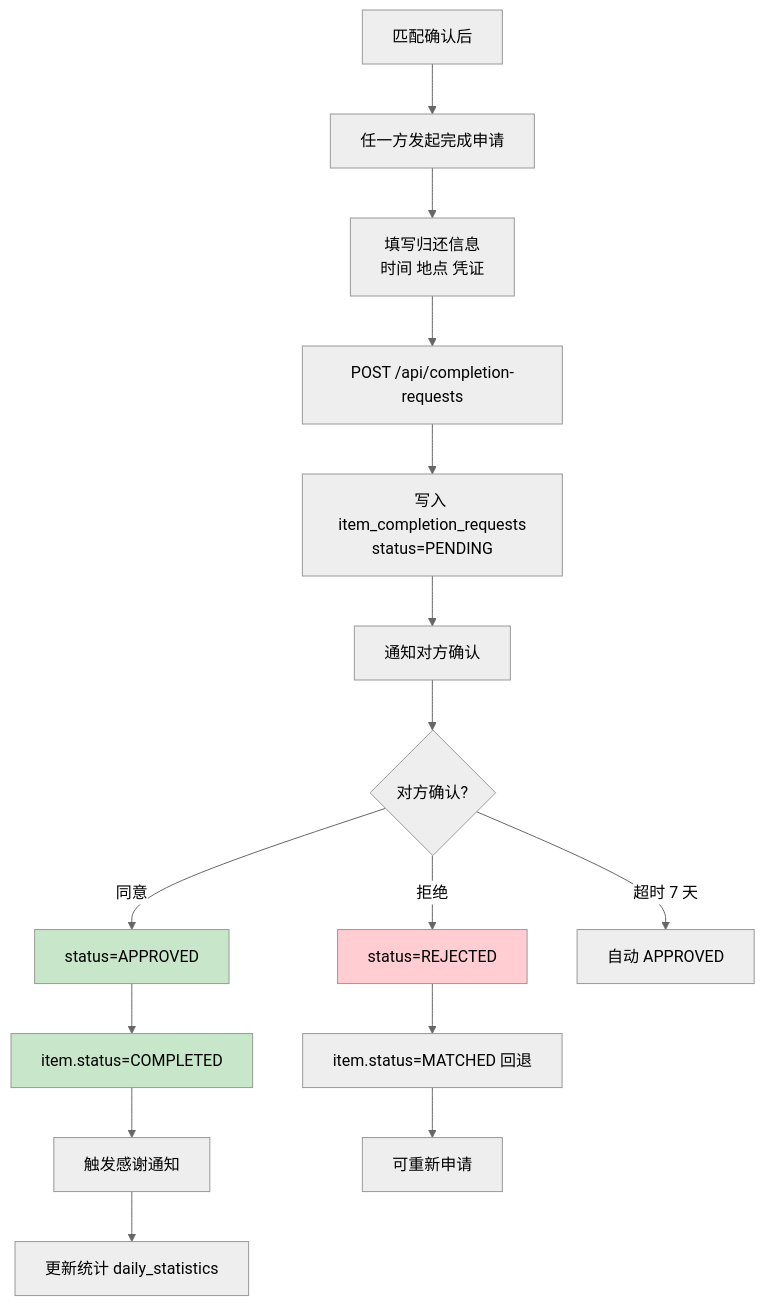
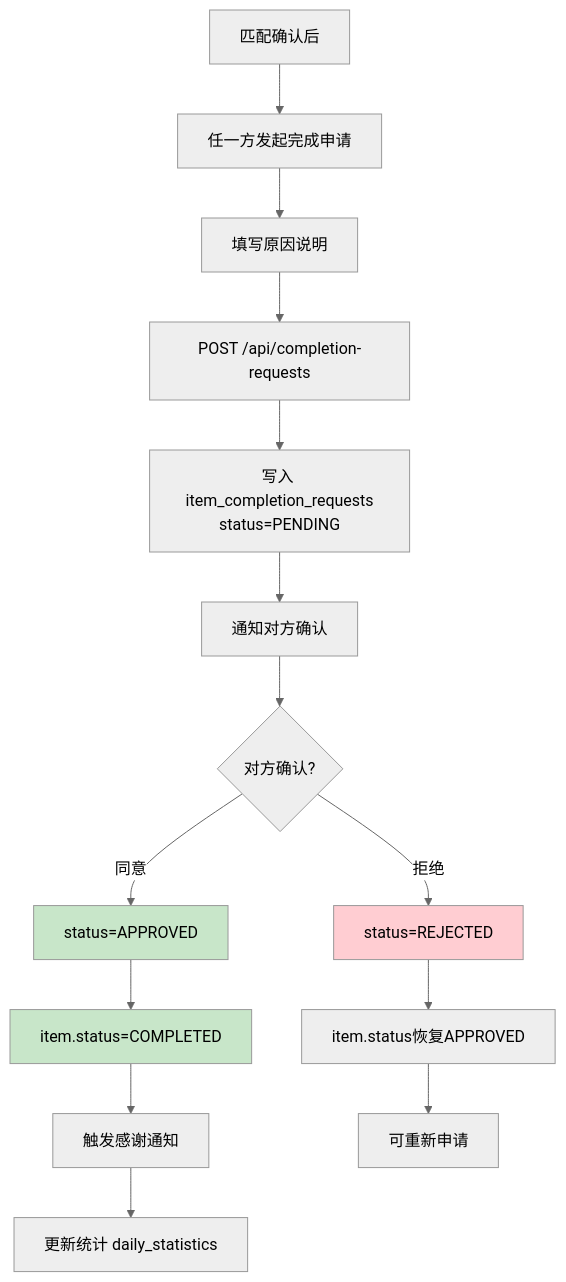
One commit to zwj-3193655211/campus-LostandFound changed diagram 14 of 30 in docs/项目图表.md. Above: the diagram before and after it, drawn with Mermaid (neutral theme).

Commit message:
docs: 更新完成申请流程图，与实际代码一致

````diff
--- a/docs/项目图表.md
+++ b/docs/项目图表.md
@@ -713,24 +713,23 @@
 ```mermaid
 flowchart TD
     A[匹配确认后] --> B[任一方发起完成申请]
-    B --> C[填写归还信息<br/>时间 地点 凭证]
+    B --> C[填写原因说明]
     C --> D[POST /api/completion-requests]
     D --> E[写入 item_completion_requests<br/>status=PENDING]
     E --> F[通知对方确认]
     F --> G{对方确认?}
 
     G -->|同意| H[status=APPROVED]
     G -->|拒绝| I[status=REJECTED]
-    G -->|超时 7 天| J[自动 APPROVED]
 
     H --> K[item.status=COMPLETED]
     K --> L[触发感谢通知]
     L --> M[更新统计 daily_statistics]
 
-    I --> N[item.status=MATCHED 回退]
+    I --> N[item.status恢复APPROVED]
     N --> O[可重新申请]
 
     style H fill:#c8e6c9
     style I fill:#ffcdd2
     style K fill:#c8e6c9
 ```
````
